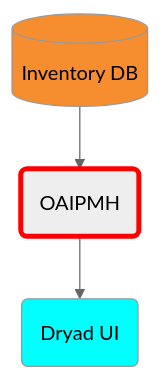
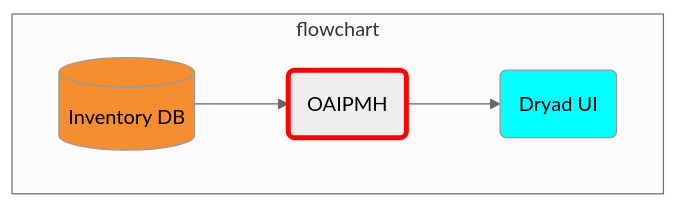
The diagram in diagrams/oai.mmd (CDLUC3/mrt-doc), drawn with Mermaid before and after one commit. The commit also changed 34 other files, not shown here.

```diff
--- a/diagrams/oai.mmd
+++ b/diagrams/oai.mmd
@@ -1,12 +1,14 @@
 %%{init: {'theme': 'neutral'}}%%
 graph TD
   DRYAD(Dryad UI)
   RDS[(Inventory DB)]
   OAI(OAIPMH)
 
-  RDS --> OAI
-  OAI --> DRYAD
+  subgraph flowchart
+    RDS --> OAI
+    OAI --> DRYAD
+  end
 
   style RDS fill:#F68D2F
   style DRYAD fill:cyan
   style OAI stroke:red,stroke-width:4px
```
